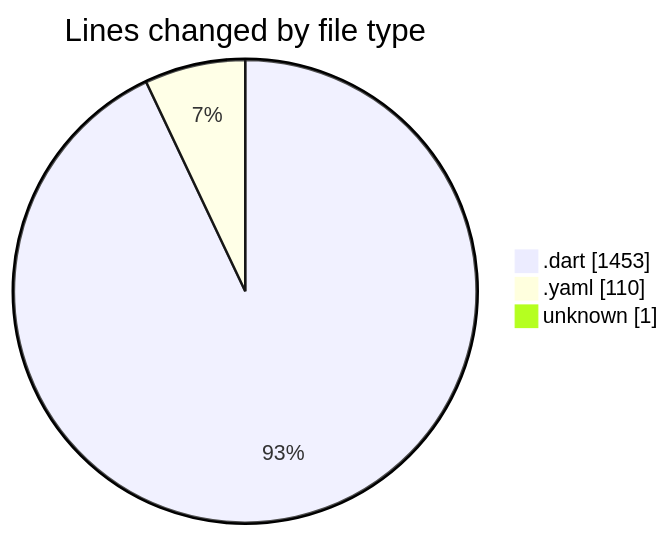
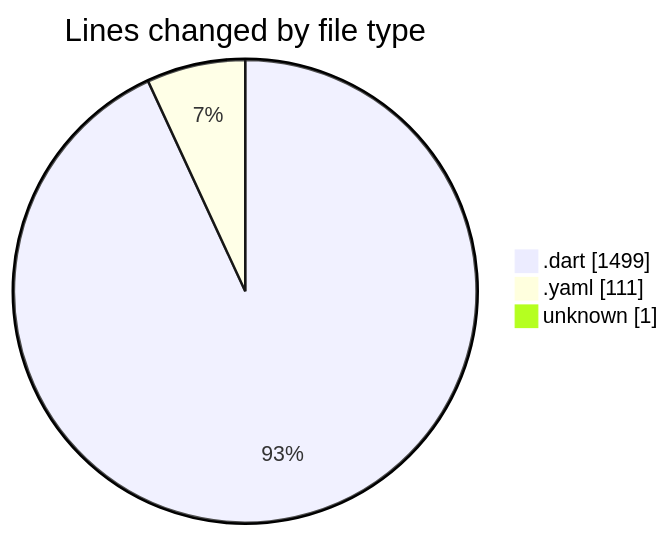
One commit to donsfak/code-tracking changed the first of 2 diagrams in 2025-03-08/uber_clone/README.md. Above: the diagram before and after it, drawn with Mermaid. The commit also changed other lines of this file and 1 other file, not shown here.

````diff
--- a/2025-03-08/uber_clone/README.md
+++ b/2025-03-08/uber_clone/README.md
@@ -24,7 +24,7 @@
 ```mermaid
 pie showData
 title Lines changed by file type
-".dart" : 1453
-".yaml" : 110
+".dart" : 1499
+".yaml" : 111
 "unknown" : 1
 ```
````
